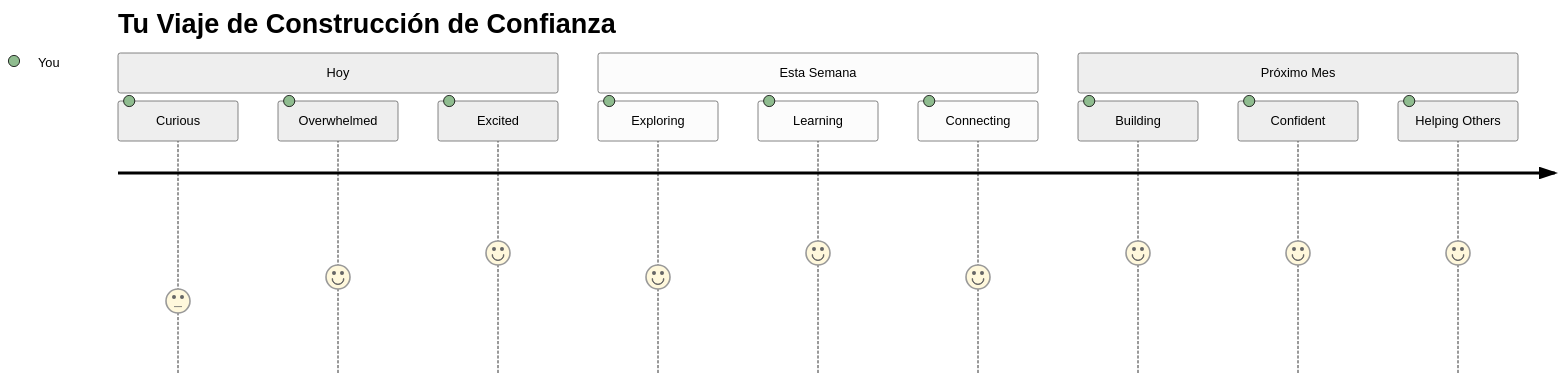
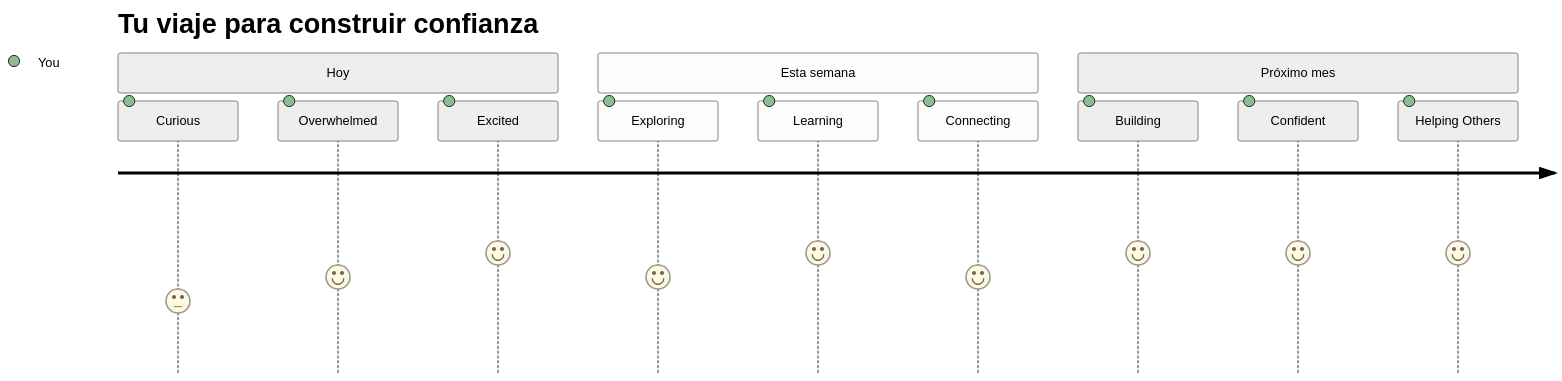
Before and after one commit to microsoft/Web-Dev-For-Beginners: the seventh of 7 diagrams in translations/es/1-getting-started-lessons/1-intro-to-programming-languages/README.md, drawn with Mermaid (neutral theme). The commit also changed other lines of this file and 8 other files, not shown here.

````diff
--- a/translations/es/1-getting-started-lessons/1-intro-to-programming-languages/README.md
+++ b/translations/es/1-getting-started-lessons/1-intro-to-programming-languages/README.md
@@ -833,16 +833,16 @@
 ```mermaid
 journey
-    title Tu Viaje de Construcción de Confianza
+    title Tu viaje para construir confianza
     section Hoy
       Curious: 3: You
       Overwhelmed: 4: You
       Excited: 5: You
-    section Esta Semana
+    section Esta semana
       Exploring: 4: You
       Learning: 5: You
       Connecting: 4: You
-    section Próximo Mes
+    section Próximo mes
       Building: 5: You
       Confident: 5: You
       Helping Others: 5: You
 ```
````
